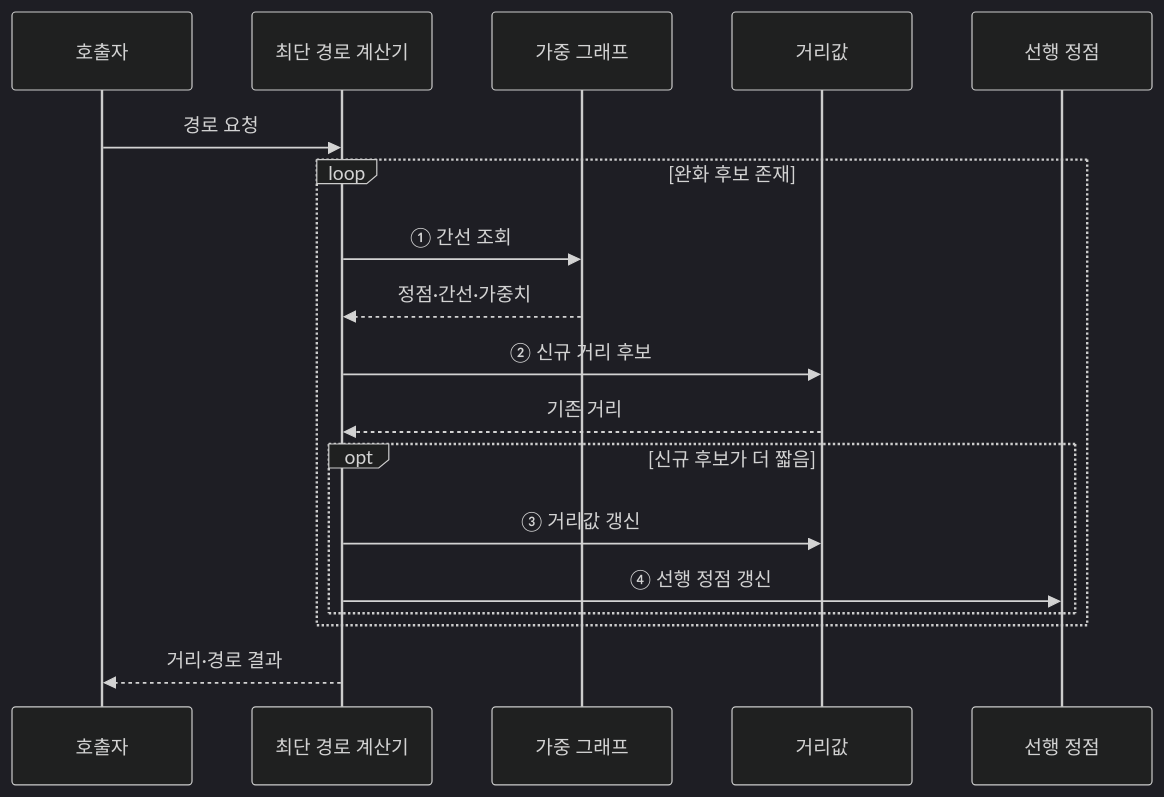
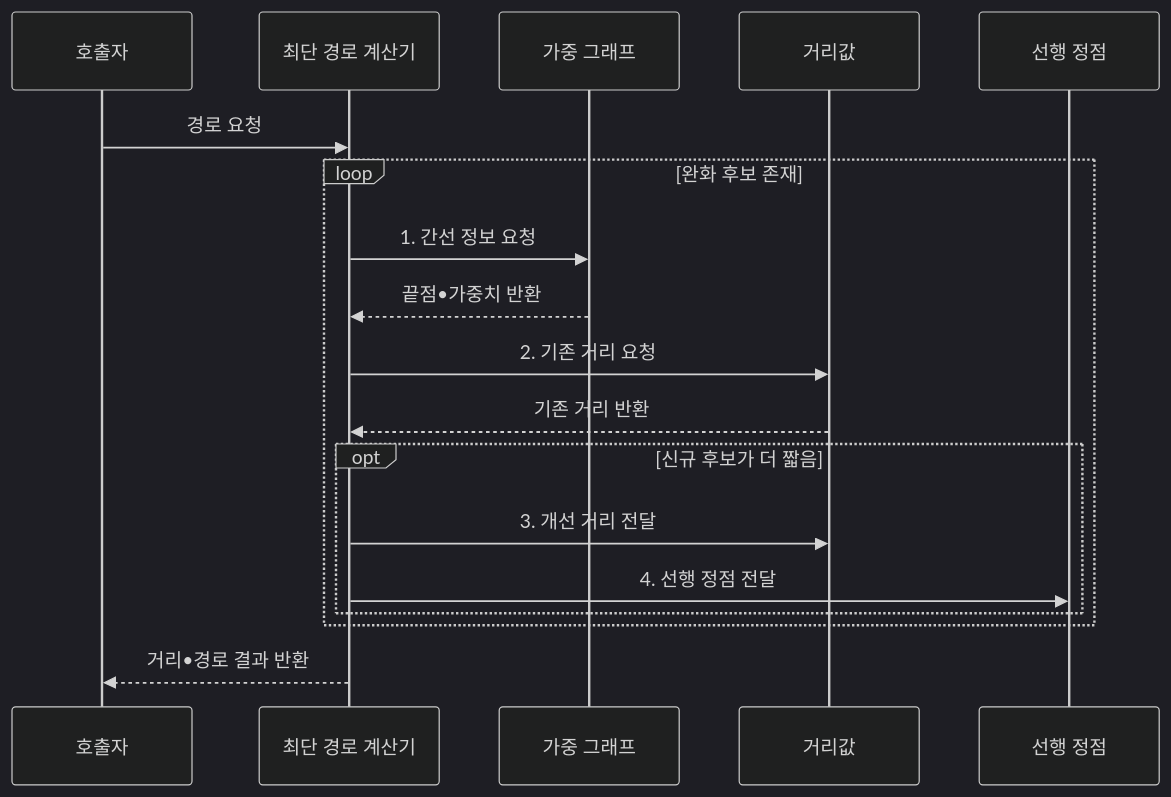
The second of 3 diagrams in src/content/docs/notes/01-basic-theory/011_shortest_path.md (agnusdei1207/knowledge-base), drawn with Mermaid (dark theme) before and after one commit. The commit also changed other lines of this file and 20 other files, not shown here.

````diff
--- a/src/content/docs/notes/01-basic-theory/011_shortest_path.md
+++ b/src/content/docs/notes/01-basic-theory/011_shortest_path.md
@@ -81,20 +88,20 @@
 ```mermaid
 sequenceDiagram
     participant Q as 호출자
     participant S as 최단 경로 계산기
     participant G as 가중 그래프
     participant D as 거리값
     participant R as 선행 정점
     Q->>S: 경로 요청
     loop 완화 후보 존재
-        S->>G: ① 간선 조회
-        G-->>S: 정점·간선·가중치
-        S->>D: ② 신규 거리 후보
-        D-->>S: 기존 거리
+        S->>G: 1. 간선 정보 요청
+        G-->>S: 끝점•가중치 반환
+        S->>D: 2. 기존 거리 요청
+        D-->>S: 기존 거리 반환
         opt 신규 후보가 더 짧음
-            S->>D: ③ 거리값 갱신
-            S->>R: ④ 선행 정점 갱신
+            S->>D: 3. 개선 거리 전달
+            S->>R: 4. 선행 정점 전달
         end
     end
-    S-->>Q: 거리·경로 결과
+    S-->>Q: 거리•경로 결과 반환
 ```
````
